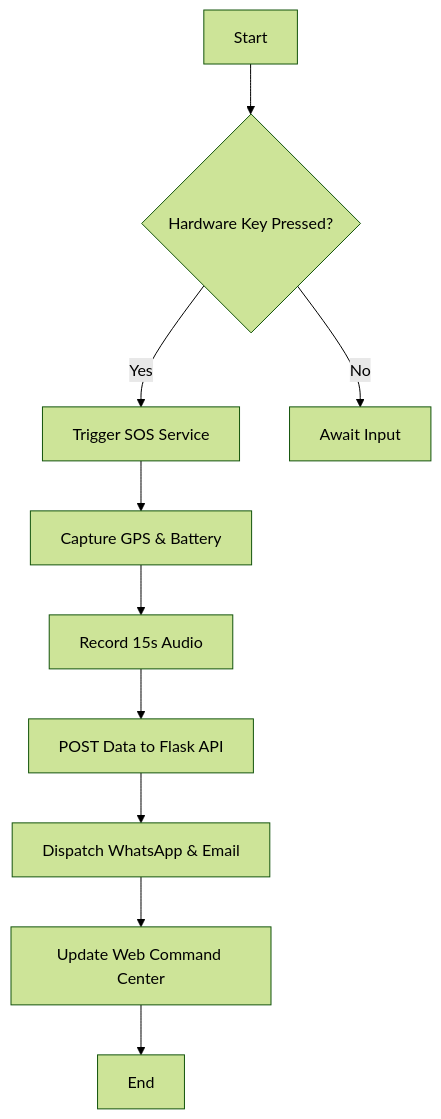
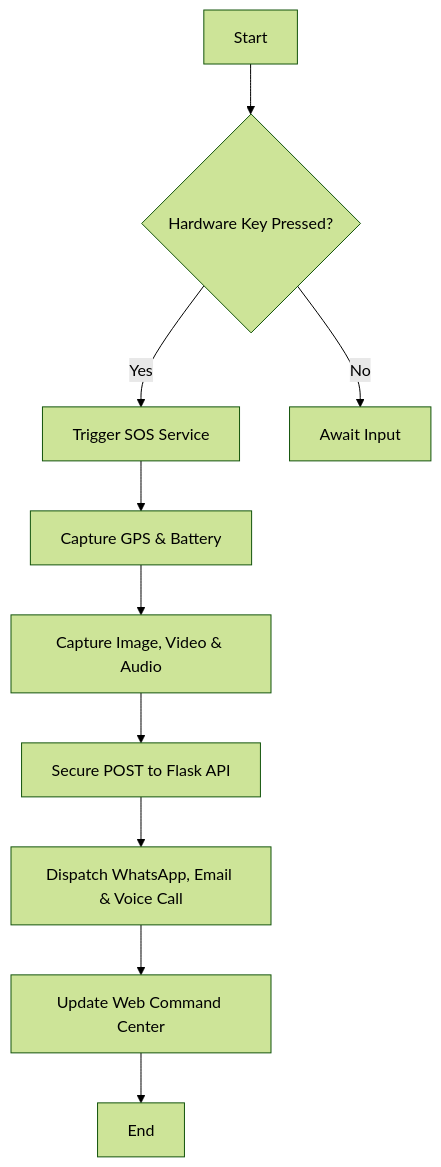
One commit to Kumar2029/Emergency-Alert-App changed the first of 4 diagrams in Guardian_Elite_Final_Report.md. Above: the diagram before and after it, drawn with Mermaid (forest theme). The commit also changed other lines of this file and 6 other files, not shown here.

````diff
--- a/Guardian_Elite_Final_Report.md
+++ b/Guardian_Elite_Final_Report.md
@@ -94,12 +87,12 @@
 ```mermaid
 graph TD
     A[Start] --> B{Hardware Key Pressed?}
     B -- Yes --> C[Trigger SOS Service]
     B -- No --> D[Await Input]
     C --> E[Capture GPS & Battery]
-    E --> F[Record 15s Audio]
-    F --> G[POST Data to Flask API]
-    G --> H[Dispatch WhatsApp & Email]
+    E --> F[Capture Image, Video & Audio]
+    F --> G[Secure POST to Flask API]
+    G --> H[Dispatch WhatsApp, Email & Voice Call]
     H --> I[Update Web Command Center]
     I --> J[End]
 ```
````
